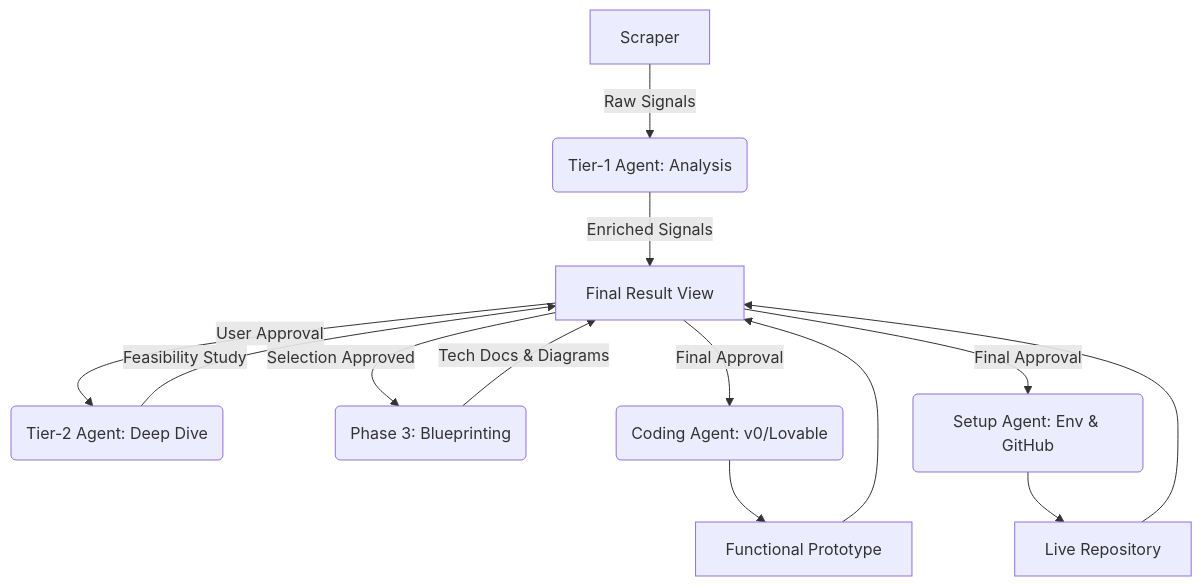
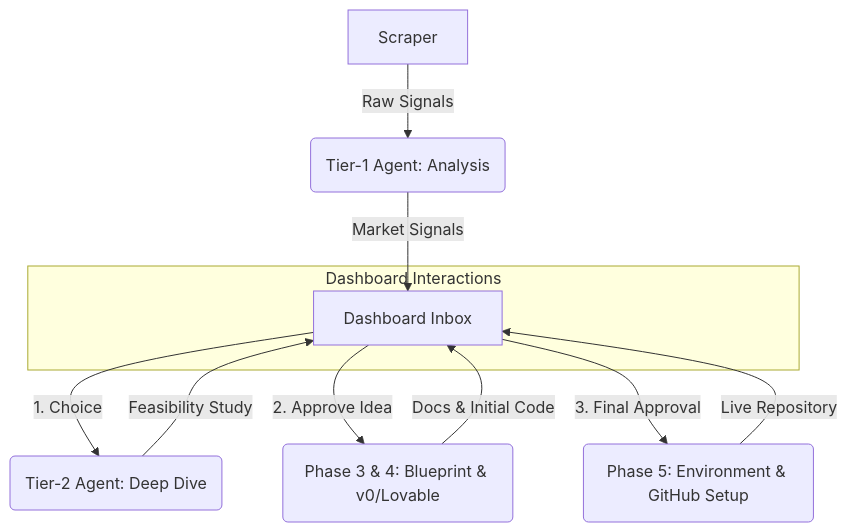
Before and after one commit to alaa-gnt/MicroHack-3.0: the diagram in README.md, drawn with Mermaid.

Commit message:
(POST HAKATHON CHANGES) : more improvemnt to readme file

````diff
--- a/README.md
+++ b/README.md
@@ -26,15 +26,18 @@
 ```mermaid
 graph TD
     A[Scraper] -->|Raw Signals| B(Tier-1 Agent: Analysis)
-    B -->|Enriched Signals| K[Dashboard Inbox]
-    K -- User Approval --> D(Tier-2 Agent: Deep Dive)
+    B -->|Market Signals| K[Dashboard Inbox]
+    
+    K -- 1. Choice --> D(Tier-2 Agent: Deep Dive)
     D -->|Feasibility Study| K
-    K -- Selection Approved --> E(Phase 3: Blueprinting)
-    E -->|Tech Docs & Diagrams| K
-    K -- Final Approval --> G(Coding Agent: v0/Lovable)
-    K -- Final Approval --> H(Setup Agent: Env & GitHub)
-    G --> I[Functional Prototype]
-    H --> J[Live Repository]
-    I --> K[Final Result View]
-    J --> K
+    
+    K -- 2. Approve Idea --> E(Phase 3 & 4: Blueprint & v0/Lovable)
+    E -->|Docs & Initial Code| K
+    
+    K -- 3. Final Approval --> H(Phase 5: Environment & GitHub Setup)
+    H -->|Live Repository| K
+    
+    subgraph Dashboard Interactions
+    K
+    end
 ```
````
